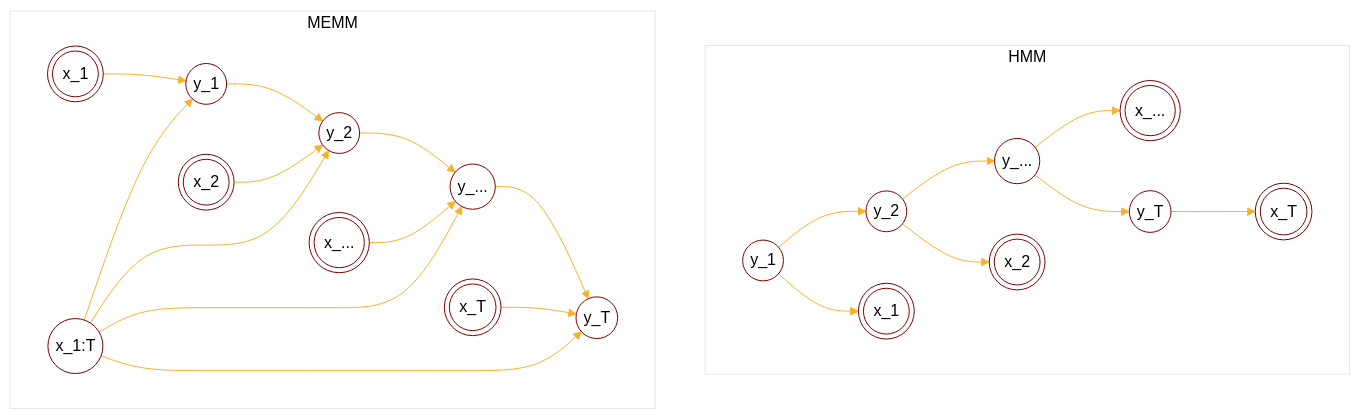
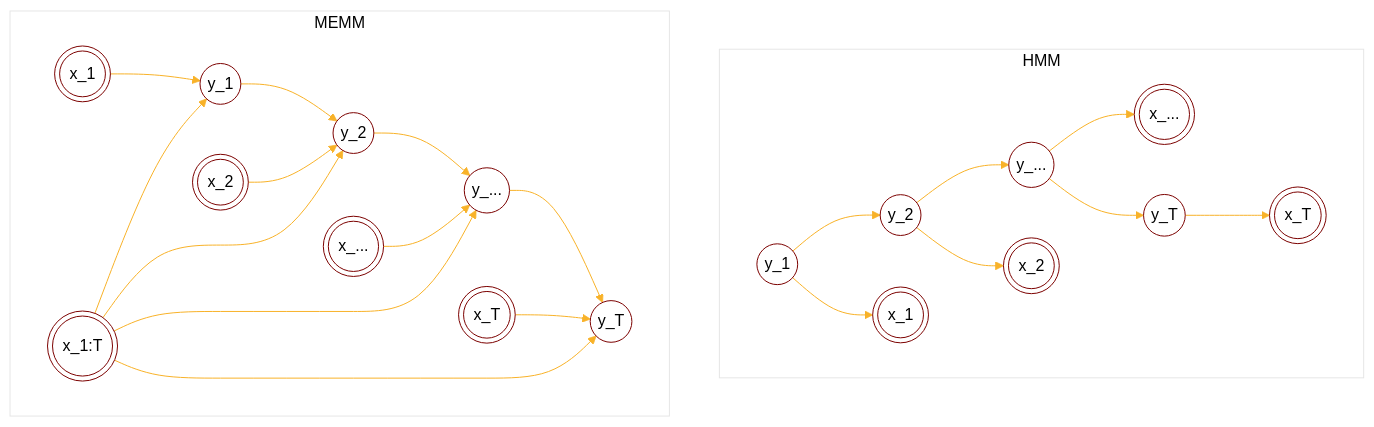
One commit to tirmisula/tirmisula.github.io changed the first of 2 diagrams in content/posts/conditional-random-field.md. Above: the diagram before and after it, drawn with Mermaid. The commit also changed other lines of this file, not shown here.

````diff
--- a/content/posts/conditional-random-field.md
+++ b/content/posts/conditional-random-field.md
@@ -113,40 +113,40 @@
 ```mermaid
 %%{
   init: {
     'theme': 'base',
     "htmlLabels": true,
     "securityLevel": "loose",
     'themeVariables': {
       'primaryColor': 'white',
       'primaryTextColor': '#000',
       'primaryBorderColor': '#7C0200',
       'lineColor': '#F8B229',
       'secondaryColor': 'grey',
       'tertiaryColor': '#fff'
     }
   }
 }%%
 flowchart TB
     subgraph HMM
         id1((y_1)) --> id2((y_2))
         id2((y_2)) --> id3((y_i))
         id3((y_...)) --> id9(((x_...)))
         id3((y_...)) --> id4((y_T))
         id1((y_1)) --> id6(((x_1)))
         id2((y_2)) --> id7(((x_2)))
         id4((y_T)) --> id8(((x_T)))
     end
     subgraph MEMM
         id21((y_1)) --> id22((y_2))
         id22((y_2)) --> id23((y_...))
         id29(((x_...))) --> id23((y_...))
         id23((y_...)) --> id24((y_T))
         id26(((x_1))) --> id21((y_1))
         id27(((x_2))) --> id22((y_2))
         id28(((x_T))) --> id24((y_T))
         id30((x_1:T)) --> id21((y_1))
         id30((x_1:T)) --> id22((y_2))
         id30((x_1:T)) --> id23((y_...))
-        id30((x_1:T)) --> id24((y_T))
+        id30(((x_1:T))) --> id24((y_T))
     end
 ```
````
